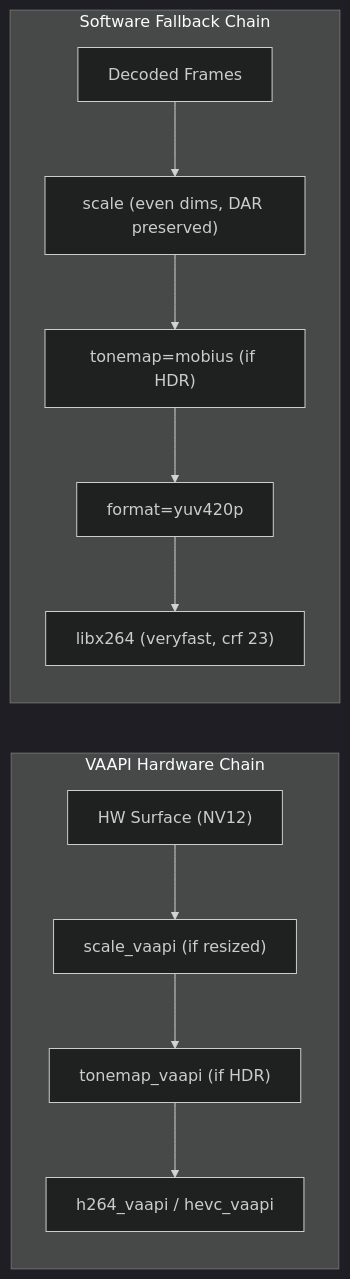
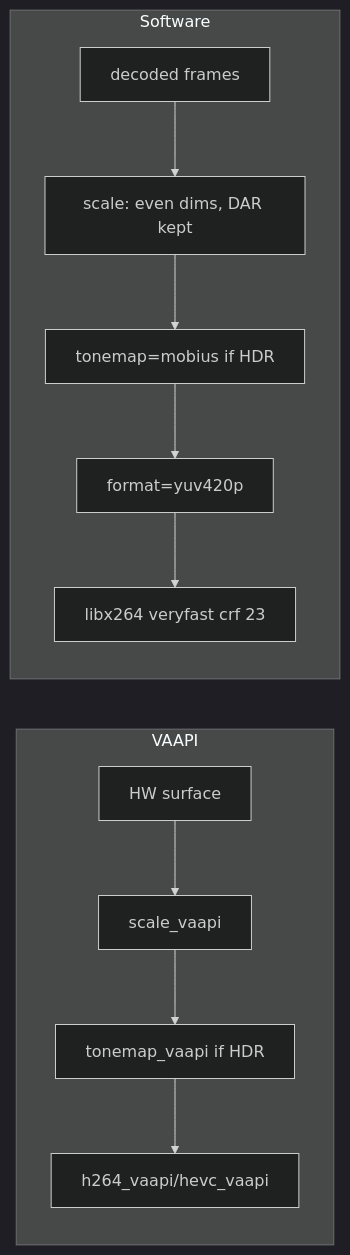
The second of 3 diagrams in docs/video_playback_transcoding.md (syfq91/hearth), drawn with Mermaid (dark theme) before and after one commit. The commit also changed other lines of this file, not shown here.

````diff
--- a/docs/video_playback_transcoding.md
+++ b/docs/video_playback_transcoding.md
@@ -203,15 +189,9 @@
 ```mermaid
 flowchart LR
-    subgraph VAAPI["VAAPI Hardware Chain"]
-        VIn["HW Surface (NV12)"] --> VScale["scale_vaapi (if resized)"]
-        VScale --> VTone["tonemap_vaapi (if HDR)"]
-        VTone --> VEnc["h264_vaapi / hevc_vaapi"]
+    subgraph HW[VAAPI]
+        H1[HW surface] --> H2[scale_vaapi] --> H3[tonemap_vaapi if HDR] --> H4[h264_vaapi/hevc_vaapi]
     end
-
-    subgraph SW["Software Fallback Chain"]
-        SIn["Decoded Frames"] --> SScale["scale (even dims, DAR preserved)"]
-        SScale --> STone["tonemap=mobius (if HDR)"]
-        STone --> SFmt["format=yuv420p"]
-        SFmt --> SEnc["libx264 (veryfast, crf 23)"]
+    subgraph SW[Software]
+        S1[decoded frames] --> S2[scale: even dims, DAR kept] --> S3[tonemap=mobius if HDR] --> S4[format=yuv420p] --> S5[libx264 veryfast crf 23]
     end
 ```
````
